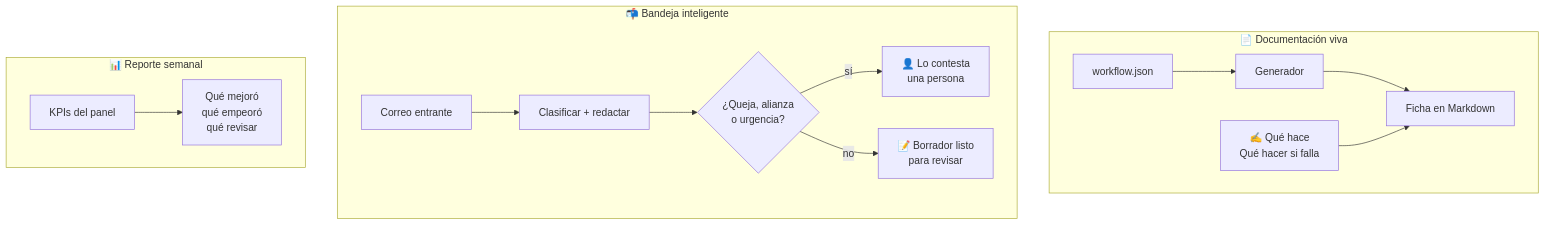
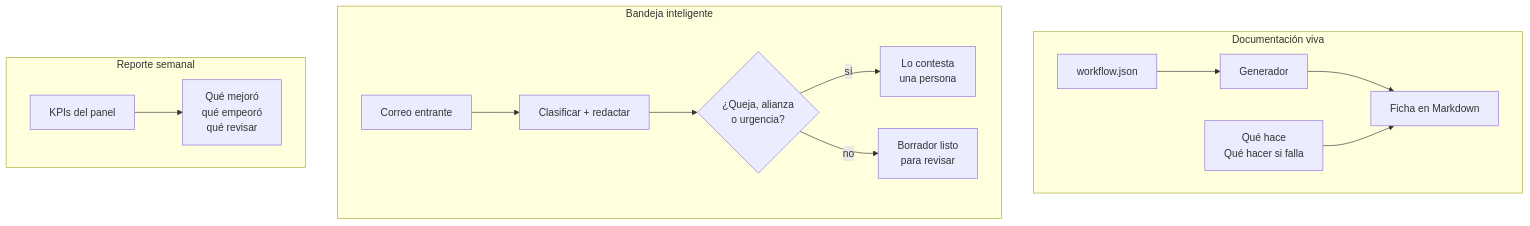
The first of 2 diagrams in README.md (danielyatacoblas/documentacion-viva-n8n), drawn with Mermaid before and after one commit. The commit also changed other lines of this file and 15 other files, not shown here.

````diff
--- a/README.md
+++ b/README.md
@@ -46,17 +46,17 @@
 ```mermaid
 flowchart TD
-    subgraph A ["📄 Documentación viva"]
+    subgraph A [" Documentación viva"]
         W["workflow.json"] --> G["Generador"]
         G --> F["Ficha en Markdown"]
-        H["✍️ Qué hace<br/>Qué hacer si falla"] --> F
+        H[" Qué hace<br/>Qué hacer si falla"] --> F
     end
-    subgraph B ["📬 Bandeja inteligente"]
+    subgraph B [" Bandeja inteligente"]
         M["Correo entrante"] --> K["Clasificar + redactar"]
         K --> D{"¿Queja, alianza<br/>o urgencia?"}
-        D -->|sí| P["👤 Lo contesta<br/>una persona"]
-        D -->|no| Q["📝 Borrador listo<br/>para revisar"]
+        D -->|sí| P[" Lo contesta<br/>una persona"]
+        D -->|no| Q[" Borrador listo<br/>para revisar"]
     end
-    subgraph C ["📊 Reporte semanal"]
+    subgraph C [" Reporte semanal"]
         R["KPIs del panel"] --> S["Qué mejoró<br/>qué empeoró<br/>qué revisar"]
     end
 ```
````
